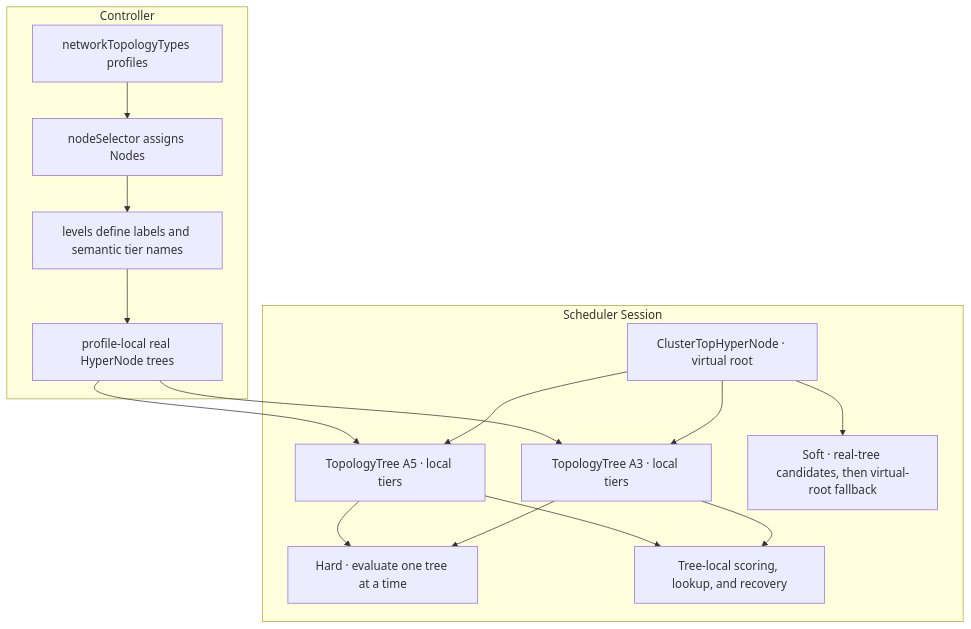
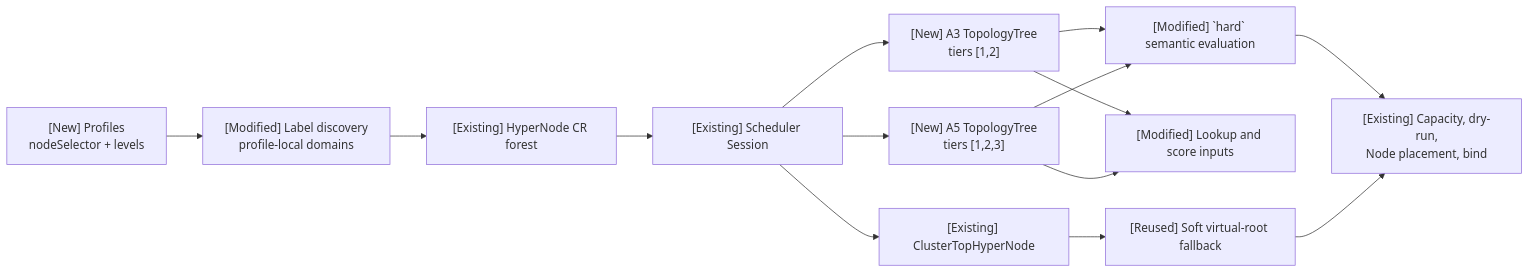
Before and after one commit to volcano-sh/volcano: the first of 13 diagrams in docs/design/mixed-depth-hypernode-topology.md, drawn with Mermaid. The commit also changed other lines of this file, not shown here.

Commit message:
docs: expand mixed-depth HyperNode topology proposal

````diff
--- a/docs/design/mixed-depth-hypernode-topology.md
+++ b/docs/design/mixed-depth-hypernode-topology.md
@@ -171,29 +204,16 @@
 ```mermaid
-flowchart TB
-    subgraph controller["Controller"]
-        C1["networkTopologyTypes profiles"]
-        C2["nodeSelector assigns Nodes"]
-        C3["levels define labels and semantic tier names"]
-        C4["profile-local real HyperNode trees"]
-        C1 --> C2 --> C3 --> C4
-    end
-
-    subgraph scheduler["Scheduler Session"]
-        V["ClusterTopHyperNode · virtual root"]
-        T1["TopologyTree A3 · local tiers"]
-        T2["TopologyTree A5 · local tiers"]
-        H["Hard · evaluate one tree at a time"]
-        S["Soft · real-tree candidates, then virtual-root fallback"]
-        R["Tree-local scoring, lookup, and recovery"]
-        V --> T1
-        V --> T2
-        T1 --> H
-        T2 --> H
-        T1 --> R
-        T2 --> R
-        V --> S
-    end
-
-    C4 --> T1
-    C4 --> T2
+flowchart LR
+    CFG["[New] Profiles<br/>nodeSelector + levels"] --> DISC["[Modified] Label discovery<br/>profile-local domains"]
+    DISC --> CR["[Existing] HyperNode CR forest"]
+    CR --> SS["[Existing] Scheduler Session"]
+    SS --> T3["[New] A3 TopologyTree<br/>tiers [1,2]"]
+    SS --> T5["[New] A5 TopologyTree<br/>tiers [1,2,3]"]
+    SS --> VR["[Existing] ClusterTopHyperNode"]
+    T3 --> HARD["[Modified] `hard` semantic evaluation"]
+    T5 --> HARD
+    T3 --> SCORE["[Modified] Lookup and score inputs"]
+    T5 --> SCORE
+    VR --> SOFT["[Reused] Soft virtual-root fallback"]
+    HARD --> ALLOC["[Existing] Capacity, dry-run,<br/>Node placement, bind"]
+    SOFT --> ALLOC
 ```
````
